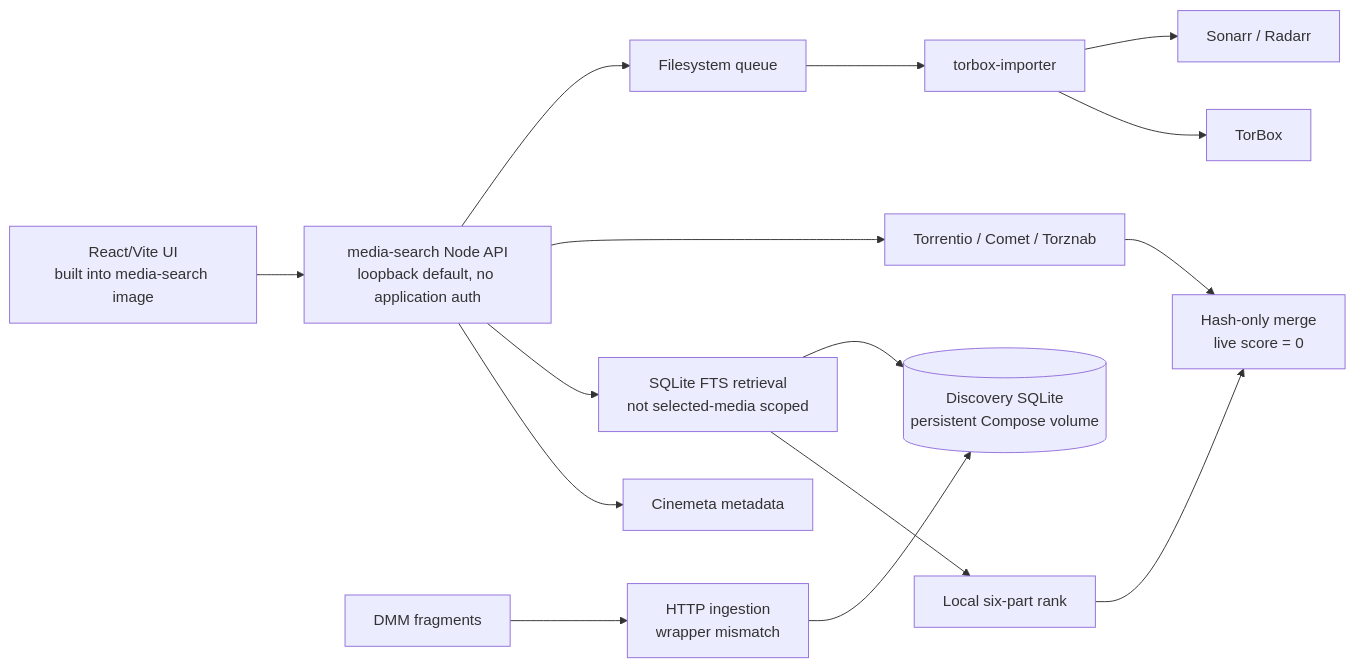
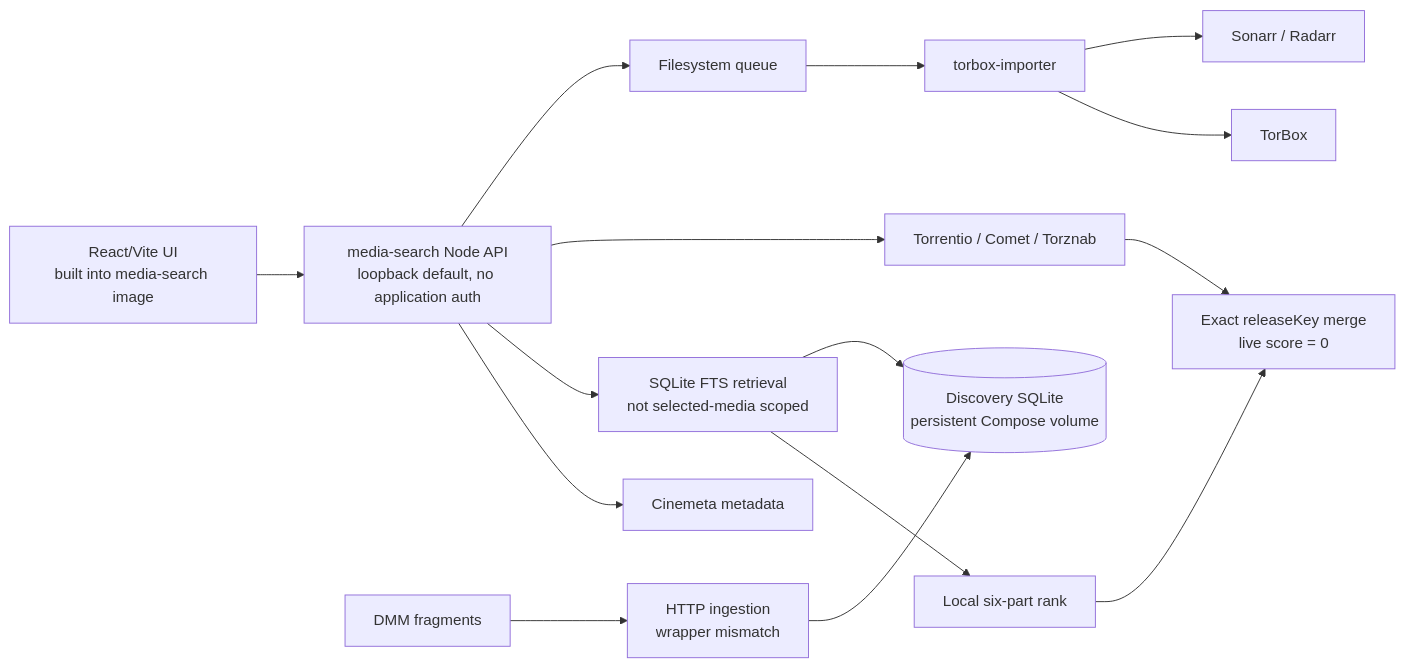
One commit to peedubyah/hashsucker changed the first of 2 diagrams in docs/architecture.md. Above: the diagram before and after it, drawn with Mermaid. The commit also changed other lines of this file and 48 other files, not shown here.

First line of the commit message:
feat: Stage 1 exact-release-identity slice

````diff
--- a/docs/architecture.md
+++ b/docs/architecture.md
@@ -11,26 +11,26 @@
 ```mermaid
 flowchart LR
     UI["React/Vite UI\nbuilt into media-search image"]
     API["media-search Node API\nloopback default, no application auth"]
     META["Cinemeta metadata"]
     LOCAL["SQLite FTS retrieval\nnot selected-media scoped"]
     SCORE["Local six-part rank"]
     LIVE["Torrentio / Comet / Torznab"]
-    MERGE["Hash-only merge\nlive score = 0"]
+    MERGE["Exact releaseKey merge\nlive score = 0"]
     DB[("Discovery SQLite\npersistent Compose volume")]
     DMM["DMM fragments"]
     INGEST["HTTP ingestion\nwrapper mismatch"]
     QUEUE["Filesystem queue"]
     IMPORTER["torbox-importer"]
     TORBOX["TorBox"]
     ARR["Sonarr / Radarr"]
 
     UI --> API
     API --> META
     API --> LOCAL --> SCORE --> MERGE
     LOCAL --> DB
     API --> LIVE --> MERGE
     DMM --> INGEST --> DB
     API --> QUEUE --> IMPORTER --> TORBOX
     IMPORTER --> ARR
 ```
````
